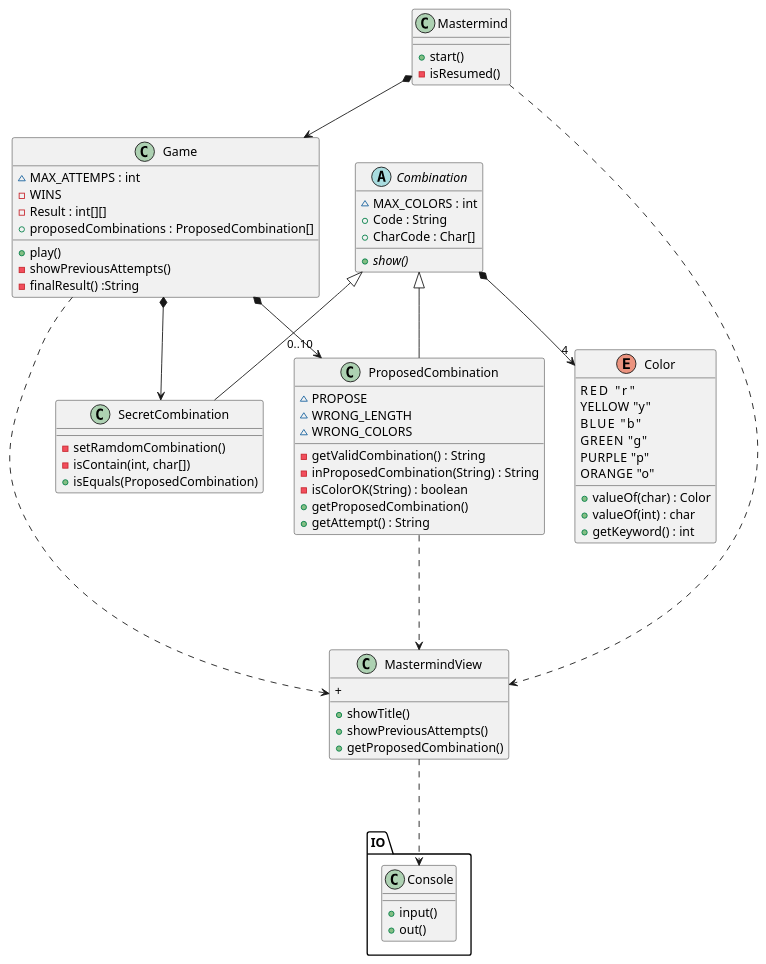
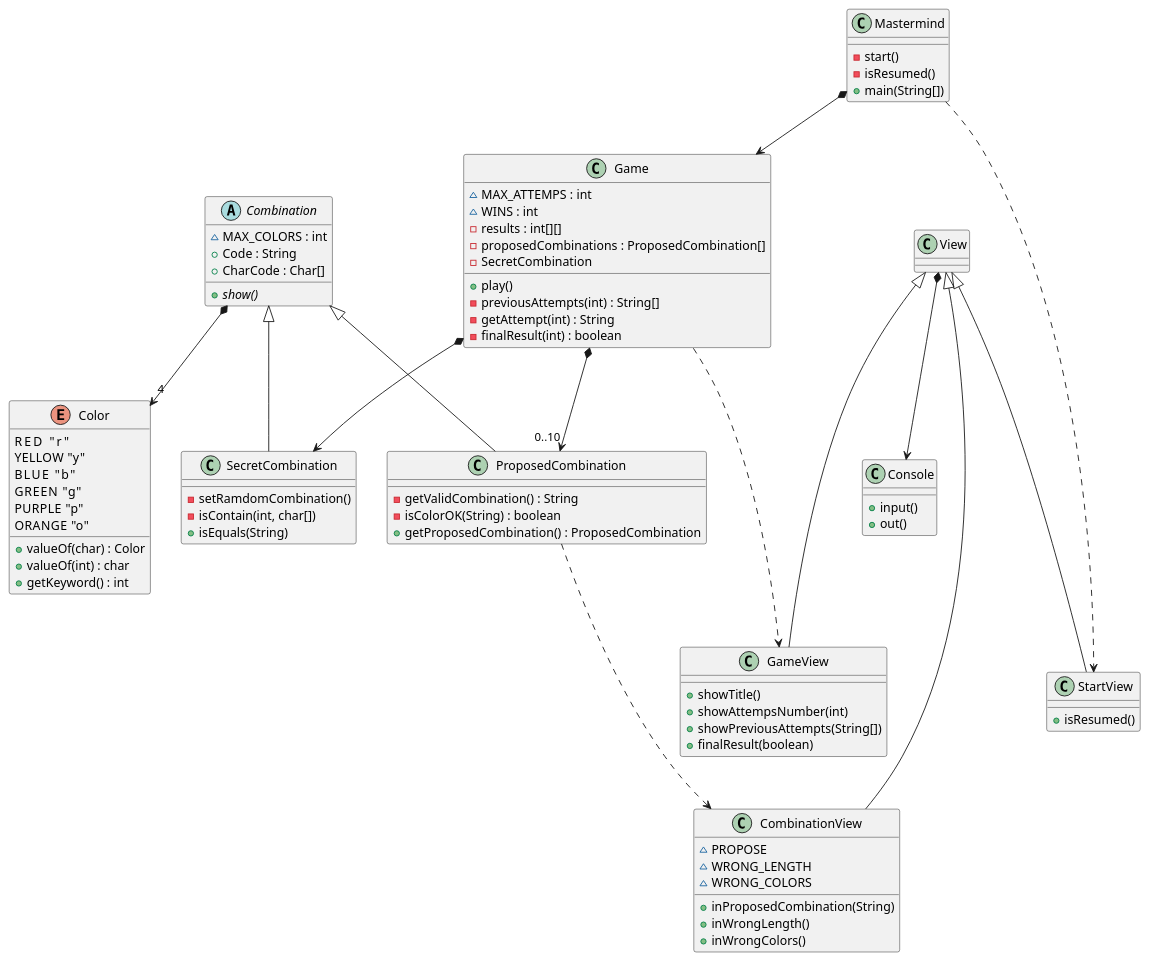
Before and after one commit to Master-Desarrollo-20-21/ejercicio-1-relaciones-entre-clases-kiarras: the diagram in Mastermind/Mastermind.wsd, drawn with PlantUML. The commit also changed 11 other files, not shown here.

```diff
--- a/Mastermind/Mastermind.wsd
+++ b/Mastermind/Mastermind.wsd
@@ -1,71 +1,80 @@
 @startuml Mastermind
 class Mastermind{
-  + start()
+  - start()
   - isResumed()
+  + main(String[])
 }
 Mastermind *--> Game
+Mastermind ...> StartView
 class Game{
     ~ MAX_ATTEMPS : int
-    - WINS
-    - Result : int[][]
-    + proposedCombinations : ProposedCombination[]
+    ~ WINS : int
+    - results : int[][]
+    - proposedCombinations : ProposedCombination[]
+    - SecretCombination
     + play()
-    - showPreviousAttempts()
-    - finalResult() :String
+    - previousAttempts(int) : String[]
+    - getAttempt(int) : String
+    - finalResult(int) : boolean
 }
 Game *--> SecretCombination
 Game *--> "0..10" ProposedCombination
-
+Game ...> GameView
 abstract class Combination{
     ~ MAX_COLORS : int
     + Code : String
     + CharCode : Char[]
     {abstract} + show()
 }
 Combination *--> "4" Color
 enum Color{
     RED     "r"
     YELLOW  "y"
     BLUE    "b"
     GREEN   "g"
     PURPLE  "p"
     ORANGE  "o"
     + valueOf(char) : Color
     + valueOf(int) : char
     + getKeyword() : int
 }
 Combination <|-- SecretCombination
 Combination <|-- ProposedCombination
 Class SecretCombination{
     - setRamdomCombination()
     - isContain(int, char[])
-    + isEquals(ProposedCombination)
+    + isEquals(String)
 }
 Class ProposedCombination{
+    - getValidCombination() : String
+    - isColorOK(String) : boolean
+    + getProposedCombination() : ProposedCombination
+}
+ProposedCombination ...> CombinationView
+Class Console{
+    + input()
+    + out()
+}
+View *--> Console
+View <|--- StartView
+View <|--- GameView
+View <|--- CombinationView
+
+Class StartView{
+    + isResumed()
+}
+Class GameView{
+    + showTitle()
+    + showAttempsNumber(int)
+    + showPreviousAttempts(String[])
+    + finalResult(boolean)
+}
+Class CombinationView{
     ~ PROPOSE
     ~ WRONG_LENGTH
     ~ WRONG_COLORS
-    - getValidCombination() : String
-    - inProposedCombination(String) : String
-    - isColorOK(String) : boolean
-    + getProposedCombination()
-    + getAttempt() : String
-}
-
-package IO{
-    Class Console{
-        + input()
-        + out()
-    }
-}
-MastermindView ...> Console
-Game ...> MastermindView
-Mastermind ...> MastermindView
-ProposedCombination ...> MastermindView
-Class MastermindView{
-    + showTitle()
-    + showPreviousAttempts()
-    + getProposedCombination()
-    + 
+    + inProposedCombination(String)
+    + inWrongLength()
+    + inWrongColors()
 }
 @enduml
```
